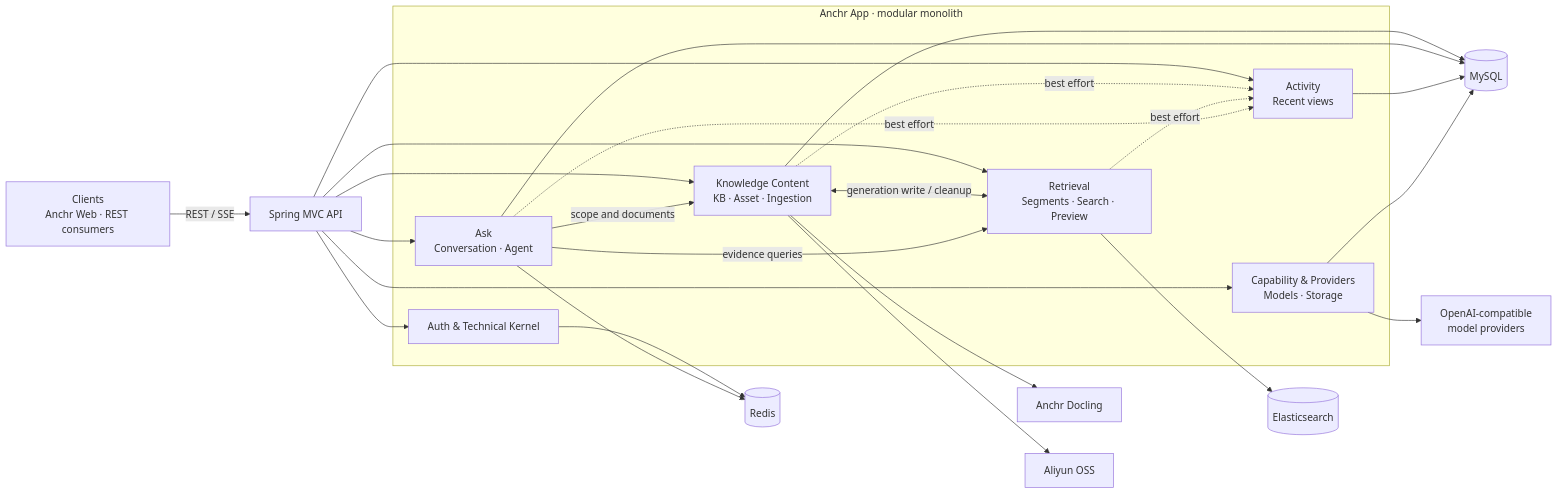
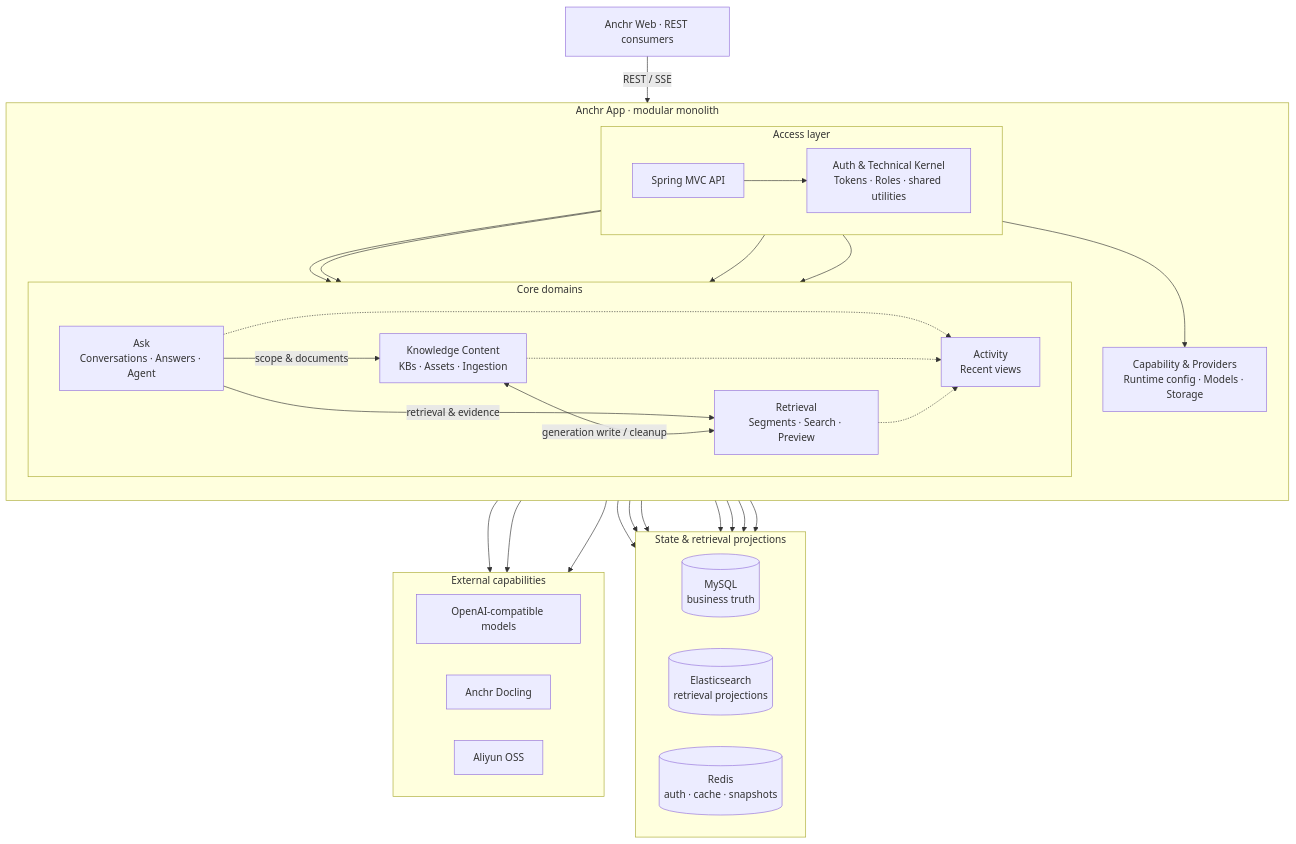
One commit to ryanmeowy/anchr-app changed the diagram in docs/technical.en.md. Above: the diagram before and after it, drawn with Mermaid. The commit also changed other lines of this file and 1 other file, not shown here.

Commit message:
Restructures architecture diagrams to clarify layers and dependencies.

````diff
--- a/docs/technical.en.md
+++ b/docs/technical.en.md
@@ -69,39 +69,55 @@
 ```mermaid
-flowchart LR
-    C["Clients<br/>Anchr Web · REST consumers"] -->|REST / SSE| API["Spring MVC API"]
+flowchart TB
+    CLIENT["Anchr Web · REST consumers"] -->|"REST / SSE"| API
 
     subgraph APP["Anchr App · modular monolith"]
-        AUTH["Auth & Technical Kernel"]
-        KC["Knowledge Content<br/>KB · Asset · Ingestion"]
-        RET["Retrieval<br/>Segments · Search · Preview"]
-        ASK["Ask<br/>Conversation · Agent"]
-        ACT["Activity<br/>Recent views"]
-        CAP["Capability & Providers<br/>Models · Storage"]
+        direction TB
+
+        subgraph ACCESS["Access layer"]
+            direction LR
+            API["Spring MVC API"]
+            AUTH["Auth & Technical Kernel<br/>Tokens · Roles · shared utilities"]
+        end
+
+        subgraph CORE["Core domains"]
+            direction LR
+            ASK["Ask<br/>Conversations · Answers · Agent"]
+            KC["Knowledge Content<br/>KBs · Assets · Ingestion"]
+            RET["Retrieval<br/>Segments · Search · Preview"]
+            ACT["Activity<br/>Recent views"]
+        end
+
+        CAP["Capability & Providers<br/>Runtime config · Models · Storage"]
     end
 
     API --> AUTH
-    API --> KC
-    API --> RET
-    API --> ASK
-    API --> ACT
-    API --> CAP
+    API --> ASK & KC & RET & ACT & CAP
 
+    ASK -->|"scope & documents"| KC
+    ASK -->|"retrieval & evidence"| RET
     KC <-->|"generation write / cleanup"| RET
-    ASK -->|"scope and documents"| KC
-    ASK -->|"evidence queries"| RET
-    KC -.->|"best effort"| ACT
-    RET -.->|"best effort"| ACT
-    ASK -.->|"best effort"| ACT
+    ASK -.-> ACT
+    KC -.-> ACT
+    RET -.-> ACT
 
-    KC --> MYSQL[("MySQL")]
-    ASK --> MYSQL
-    ACT --> MYSQL
-    CAP --> MYSQL
-    AUTH --> REDIS[("Redis")]
-    ASK --> REDIS
-    RET --> ES[("Elasticsearch")]
+    subgraph STATE["State & retrieval projections"]
+        direction LR
+        MYSQL[("MySQL<br/>business truth")]
+        ES[("Elasticsearch<br/>retrieval projections")]
+        REDIS[("Redis<br/>auth · cache · snapshots")]
+    end
 
-    CAP --> MODELS["OpenAI-compatible<br/>model providers"]
-    KC --> DOCLING["Anchr Docling"]
-    KC --> OSS["Aliyun OSS"]
+    ASK & KC & ACT & CAP --> MYSQL
+    RET --> ES
+    AUTH & ASK --> REDIS
+
+    subgraph EXTERNAL["External capabilities"]
+        direction LR
+        MODELS["OpenAI-compatible models"]
+        DOCLING["Anchr Docling"]
+        OSS["Aliyun OSS"]
+    end
+
+    CAP --> MODELS
+    KC --> DOCLING & OSS
 ```
````
